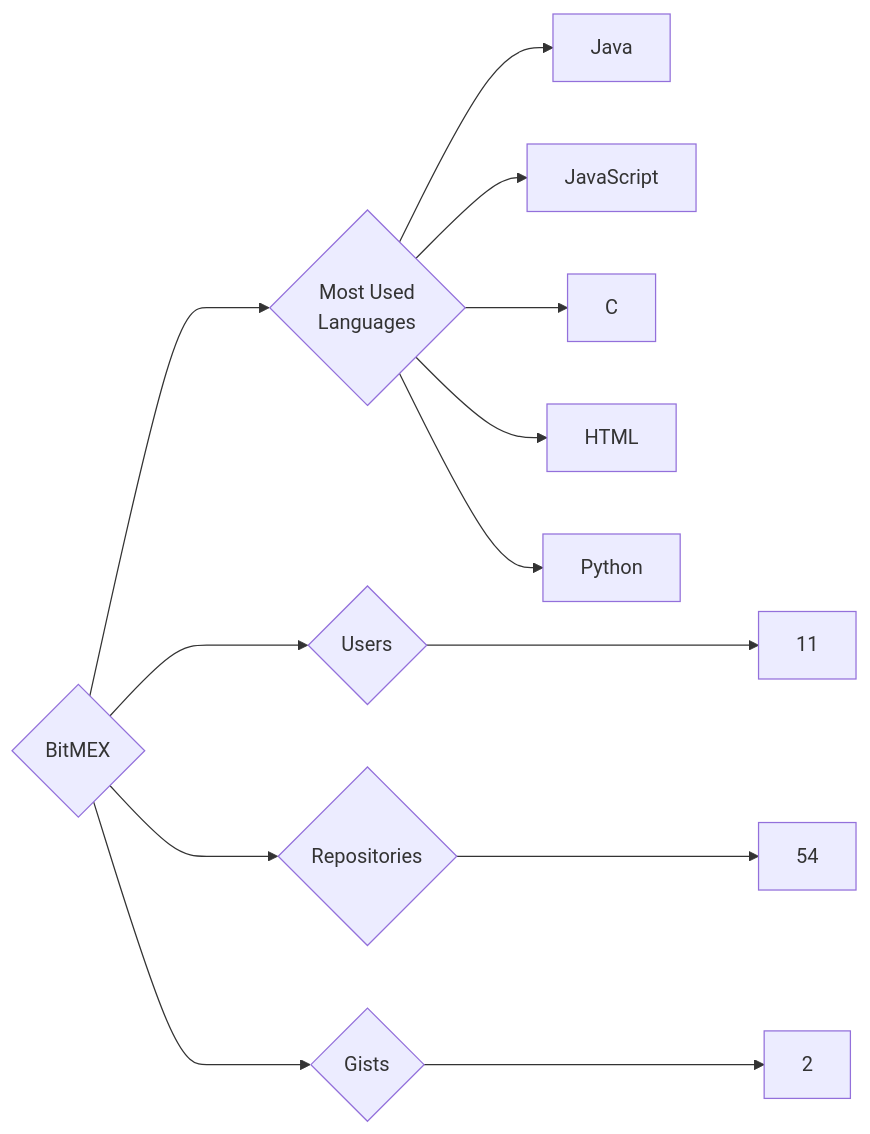
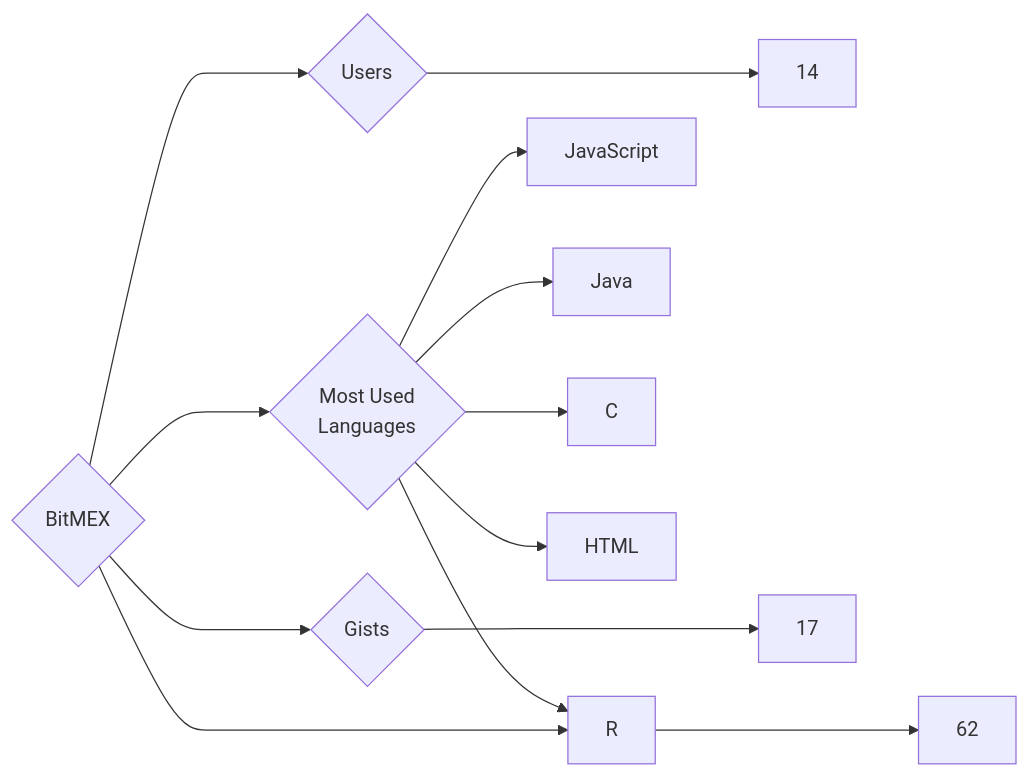
Before and after one commit to trickest/insiders: the diagram in targets/BitMEX/README.md, drawn with Mermaid. The commit also changed 815 other files, not shown here.

````diff
--- a/targets/BitMEX/README.md
+++ b/targets/BitMEX/README.md
@@ -3,13 +3,13 @@
 ```mermaid
 graph LR
 COMPANY_NAME{BitMEX}
-COMPANY_NAME ---> U{Users} ---> UN[11]
-COMPANY_NAME ---> R{Repositories} ---> RN[54]
-COMPANY_NAME ---> G{Gists} ---> GN[2]
+COMPANY_NAME ---> U{Users} ---> UN[14]
+COMPANY_NAME ---> R{Repositories} ---> RN[62]
+COMPANY_NAME ---> G{Gists} ---> GN[17]
 COMPANY_NAME ---> ML{Most Used<br>Languages}
+ML --> JavaScript[JavaScript]
 ML --> Java[Java]
-ML --> JavaScript[JavaScript]
 ML --> C[C]
 ML --> HTML[HTML]
-ML --> Python[Python]
+ML --> R[R]
 ```
````
